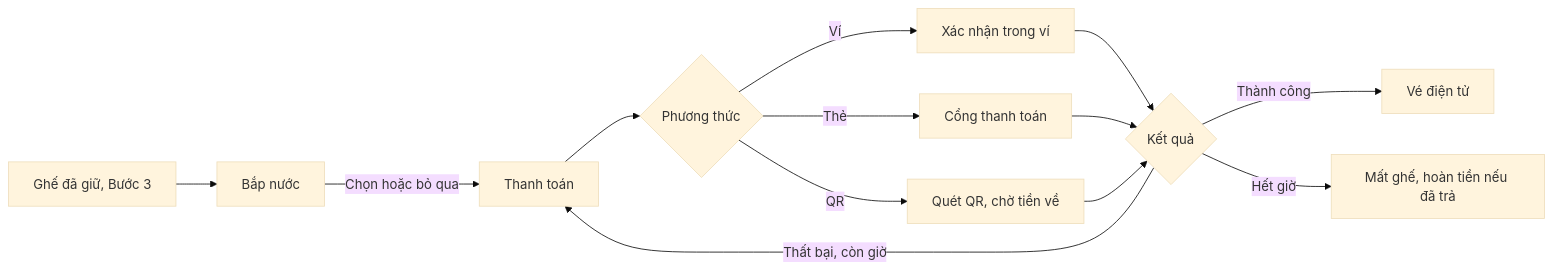
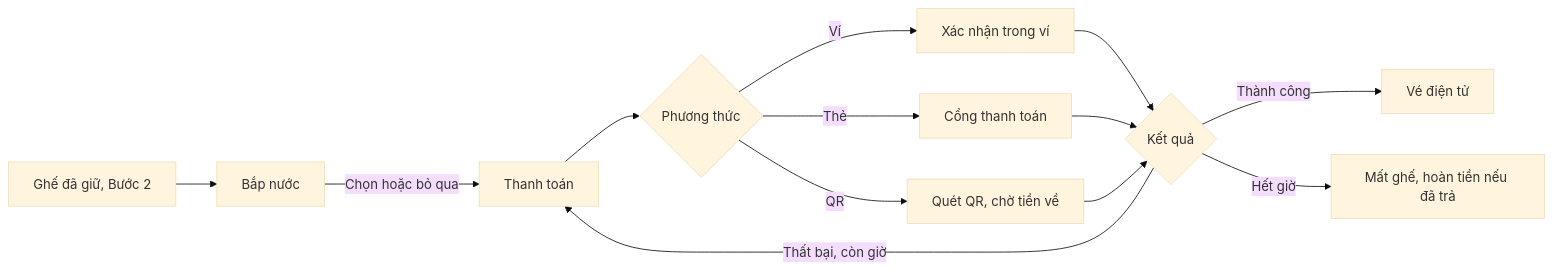
Before and after one commit to uxfoundation-vn/de08-dat-ve-xem-phim: the fourth of 5 diagrams in docs/PRD.md, drawn with Mermaid (base theme). The commit also changed other lines of this file and 2 other files, not shown here.

First line of the commit message:
Đề 8: chỉ giữ luồng của khách

````diff
--- a/docs/PRD.md
+++ b/docs/PRD.md
@@ -345,15 +282,15 @@
 ```mermaid
 flowchart LR
-  A["Ghế đã giữ, Bước 3"] --> B["Bắp nước"]
+  A["Ghế đã giữ, Bước 2"] --> B["Bắp nước"]
   B -->|Chọn hoặc bỏ qua| C["Thanh toán"]
   C --> D{"Phương thức"}
   D -->|Ví| E["Xác nhận trong ví"]
   D -->|Thẻ| F["Cổng thanh toán"]
   D -->|QR| G["Quét QR, chờ tiền về"]
   E --> H{"Kết quả"}
   F --> H
   G --> H
   H -->|Thành công| I["Vé điện tử"]
   H -->|Thất bại, còn giờ| C
   H -->|Hết giờ| J["Mất ghế, hoàn tiền nếu đã trả"]
 ```
````
